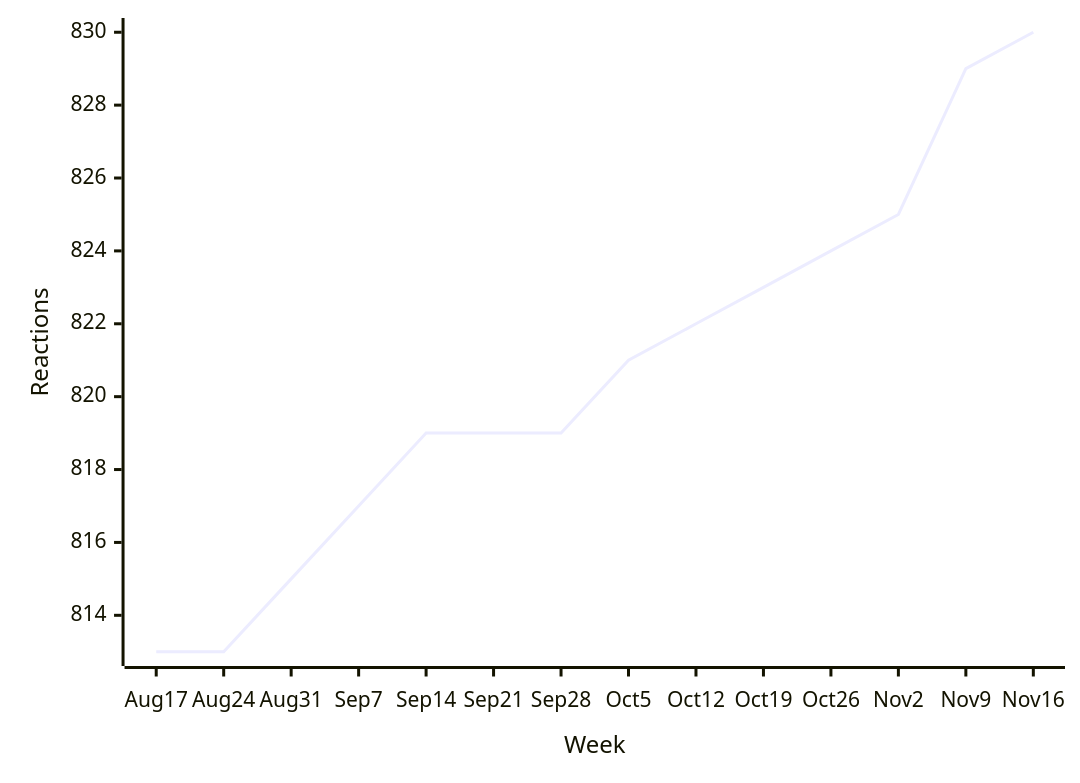
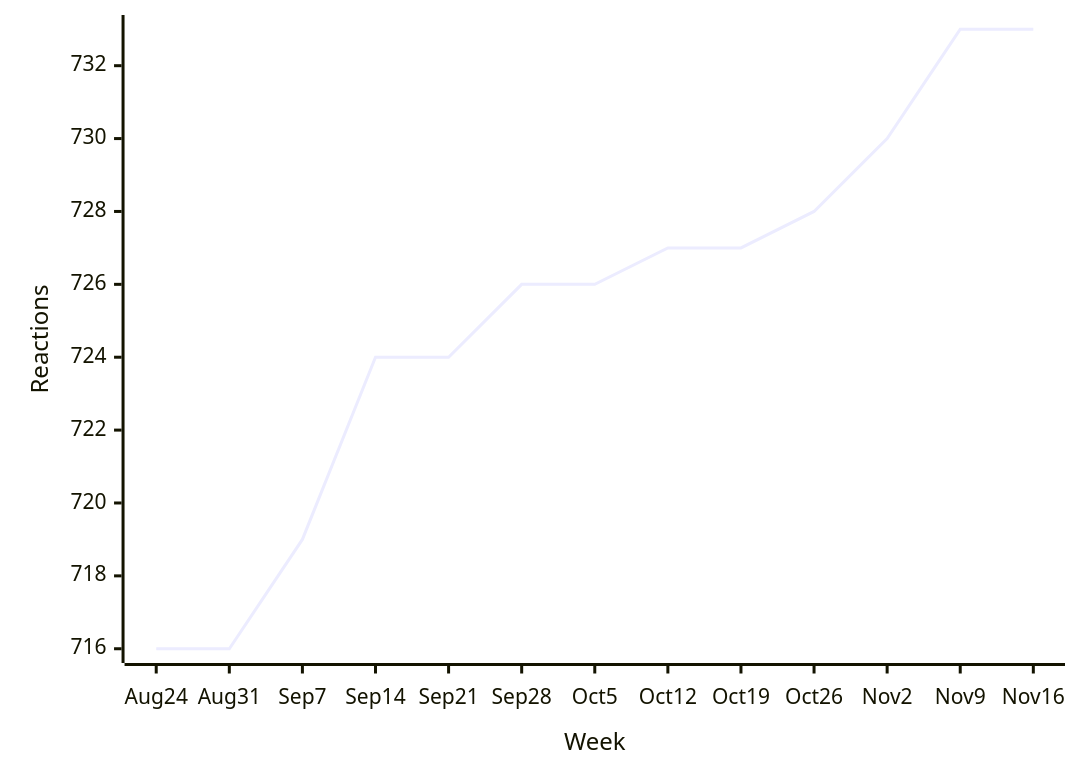
One commit to loic-sharma/github-insights changed the sixth of 31 diagrams in README.md. Above: the diagram before and after it, drawn with Mermaid. The commit also changed other lines of this file and 3 other files, not shown here.

````diff
--- a/README.md
+++ b/README.md
@@ -409,6 +409,6 @@
   ```mermaid
   xychart-beta
-    x-axis "Week" [Aug 17, Aug 24, Aug 31, Sep 7, Sep 14, Sep 21, Sep 28, Oct 5, Oct 12, Oct 19, Oct 26, Nov 2, Nov 9, Nov 16]
+    x-axis "Week" [Aug 24, Aug 31, Sep 7, Sep 14, Sep 21, Sep 28, Oct 5, Oct 12, Oct 19, Oct 26, Nov 2, Nov 9, Nov 16]
     y-axis "Reactions"
-    line [813, 813, 815, 817, 819, 819, 819, 821, 822, 823, 824, 825, 829, 830]
+    line [716, 716, 719, 724, 724, 726, 726, 727, 727, 728, 730, 733, 733]
   ```
````
